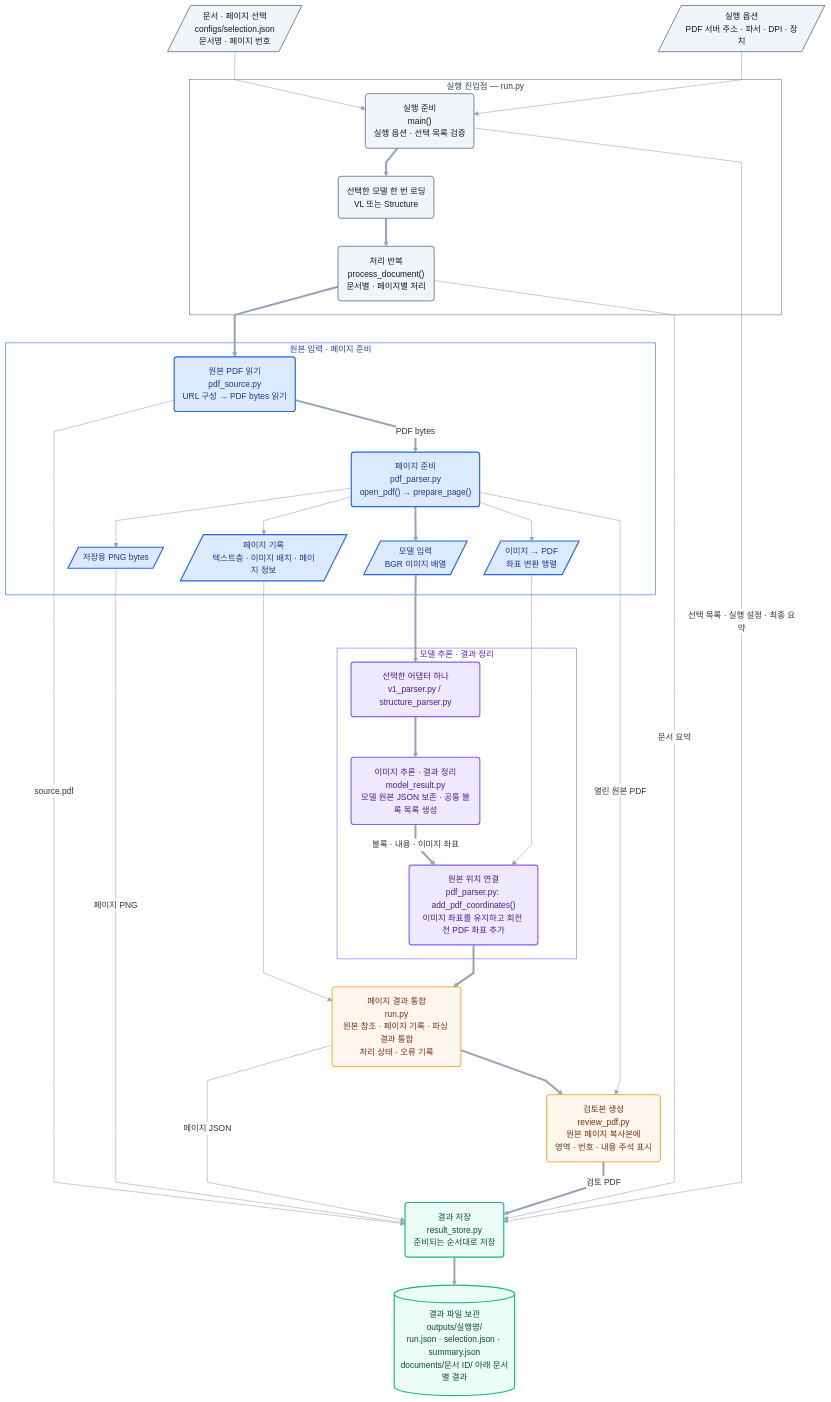
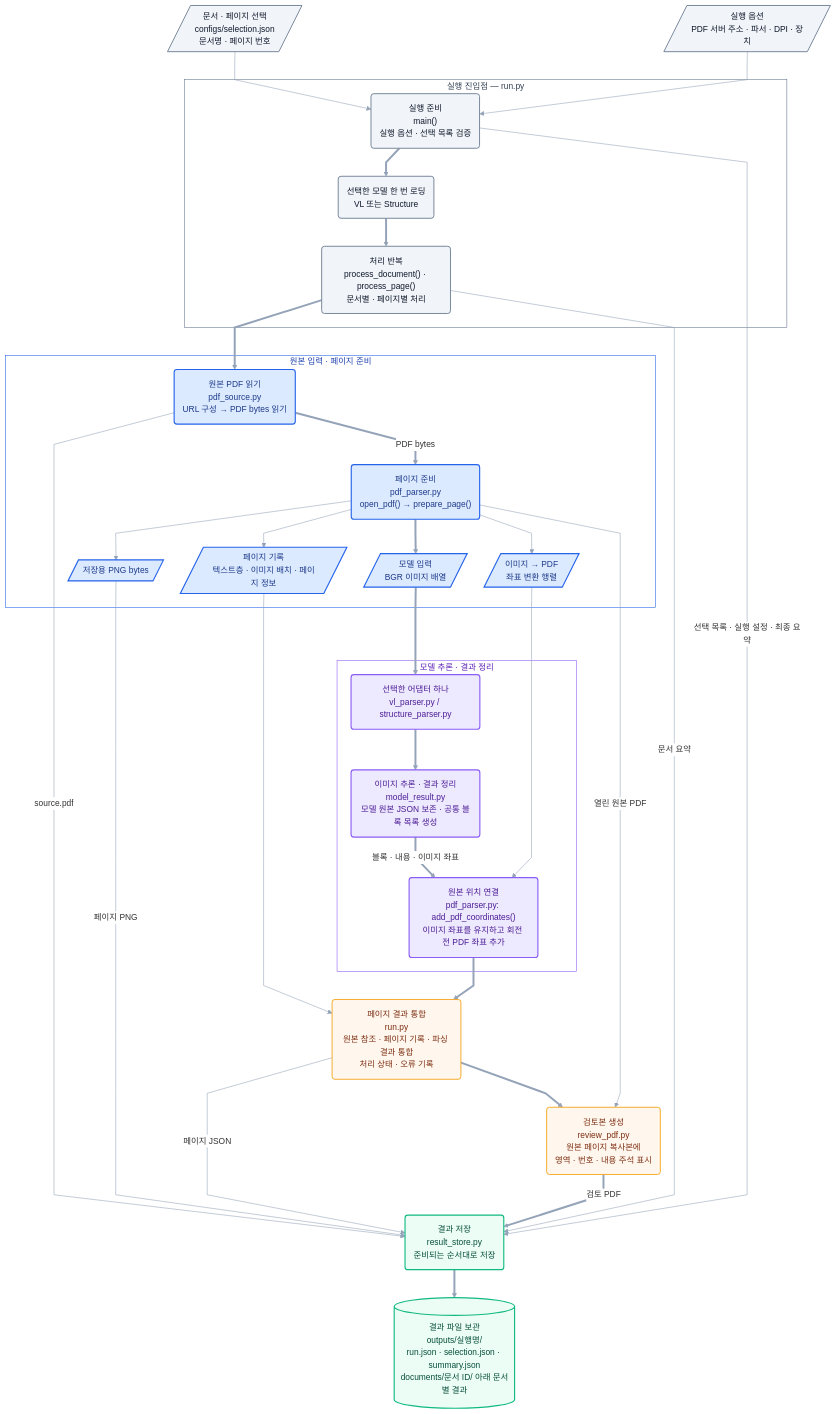
Before and after one commit to LeF-0213/MMDocIR_Multimodal_RAG: the diagram in README.md, drawn with Mermaid. The commit also changed other lines of this file and 26 other files, not shown here.

```diff
--- a/README.md
+++ b/README.md
@@ -145,7 +150,7 @@
     subgraph ENTRY["실행 진입점 — run.py"]
         MAIN("실행 준비<br/>main()<br/>실행 옵션 · 선택 목록 검증")
         INIT("선택한 모델 한 번 로딩<br/>VL 또는 Structure")
-        PROCESS("처리 반복<br/>process_document()<br/>문서별 · 페이지별 처리")
+        PROCESS("처리 반복<br/>process_document() · process_page()<br/>문서별 · 페이지별 처리")
         MAIN ==> INIT ==> PROCESS
     end
 
@@ -170,7 +175,7 @@
     PROCESS ==> SOURCE
 
     subgraph PARSING["모델 추론 · 결과 정리"]
-        ADAPTER("선택한 어댑터 하나<br/>v1_parser.py / structure_parser.py")
+        ADAPTER("선택한 어댑터 하나<br/>vl_parser.py / structure_parser.py")
         RESULT("이미지 추론 · 결과 정리<br/>model_result.py<br/>모델 원본 JSON 보존 · 공통 블록 목록 생성")
         COORD("원본 위치 연결<br/>pdf_parser.py: add_pdf_coordinates()<br/>이미지 좌표를 유지하고 회전 전 PDF 좌표 추가")
 
```
